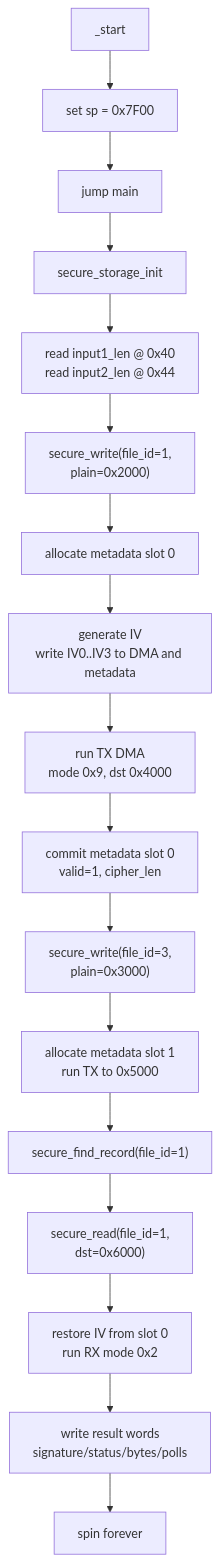
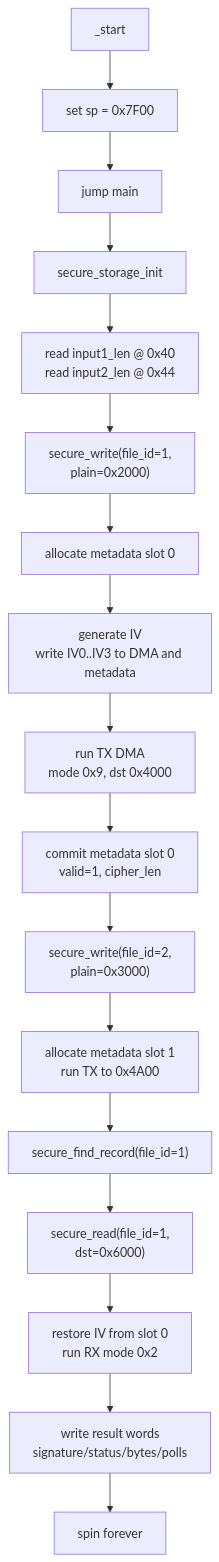
The second of 5 diagrams in docs/c_files_explained.md (ngoquocan139/AES_huffman_all6), drawn with Mermaid before and after one commit. The commit also changed other lines of this file and 23 other files, not shown here.

````diff
--- a/docs/c_files_explained.md
+++ b/docs/c_files_explained.md
@@ -124,19 +125,19 @@
 ```mermaid
 flowchart TD
     A["_start"] --> B["set sp = 0x7F00"]
     B --> C["jump main"]
     C --> D["secure_storage_init"]
     D --> E["read input1_len @ 0x40\nread input2_len @ 0x44"]
     E --> F["secure_write(file_id=1,\nplain=0x2000)"]
     F --> G["allocate metadata slot 0"]
     G --> H["generate IV\nwrite IV0..IV3 to DMA and metadata"]
     H --> I["run TX DMA\nmode 0x9, dst 0x4000"]
     I --> J["commit metadata slot 0\nvalid=1, cipher_len"]
-    J --> K["secure_write(file_id=3,\nplain=0x3000)"]
-    K --> L["allocate metadata slot 1\nrun TX to 0x5000"]
+    J --> K["secure_write(file_id=2,\nplain=0x3000)"]
+    K --> L["allocate metadata slot 1\nrun TX to 0x4A00"]
     L --> M["secure_find_record(file_id=1)"]
     M --> N["secure_read(file_id=1,\ndst=0x6000)"]
     N --> O["restore IV from slot 0\nrun RX mode 0x2"]
     O --> P["write result words\nsignature/status/bytes/polls"]
     P --> Q["spin forever"]
 ```
````
